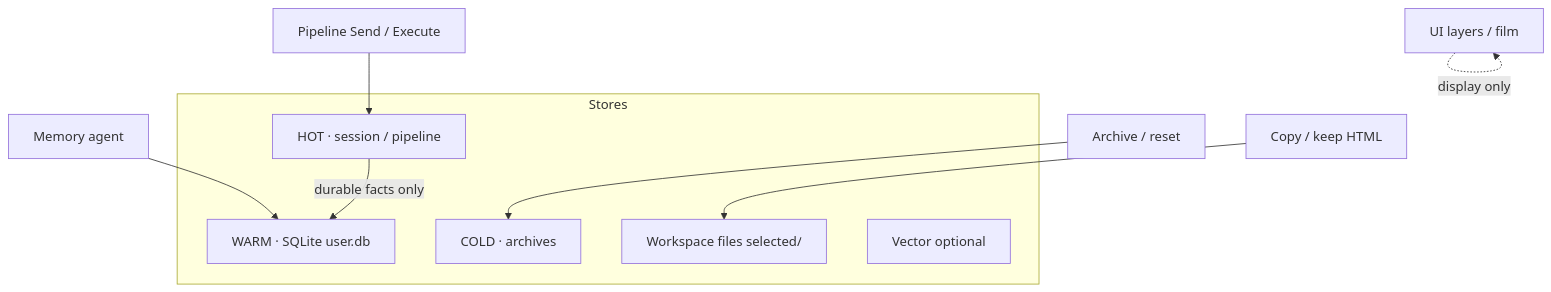
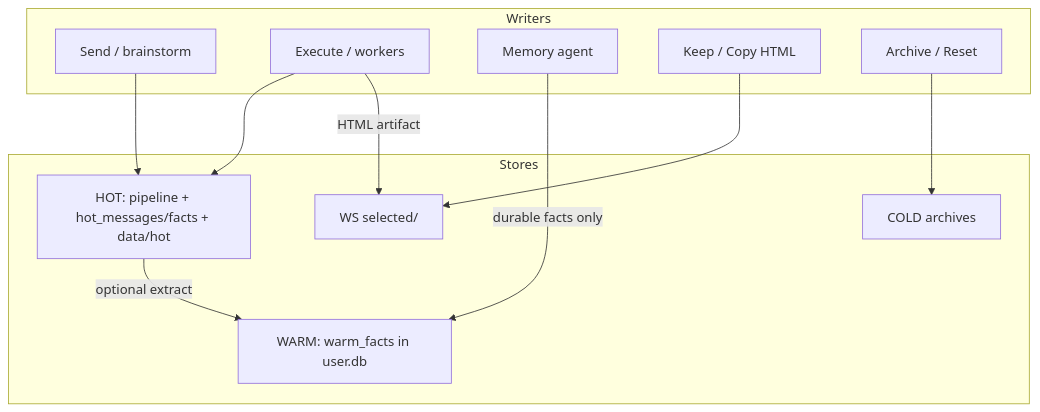
Before and after one commit to landjunge/gnom-hub-v1: the second of 4 diagrams in docs/LAYERS_FOR_AI.md, drawn with Mermaid. The commit also changed other lines of this file, not shown here.

Commit message:
docs: precise LAYERS_FOR_AI — paths, schema, UI DOM, search tiers

````diff
--- a/docs/LAYERS_FOR_AI.md
+++ b/docs/LAYERS_FOR_AI.md
@@ -83,18 +147,25 @@
 ```mermaid
 flowchart TB
-  UI["UI layers / film"] -.->|display only| UI
-
-  subgraph STORE["Stores"]
-    HOT2["HOT · session / pipeline"]
-    WARM2["WARM · SQLite user.db"]
-    COLD2["COLD · archives"]
-    FILES["Workspace files selected/"]
-    VEC["Vector optional"]
+  subgraph write["Writers"]
+    SEND["Send / brainstorm"]
+    EXEC["Execute / workers"]
+    MEM["Memory agent"]
+    KEEP["Keep / Copy HTML"]
+    ARCH["Archive / Reset"]
   end
 
-  PIPE["Pipeline Send / Execute"] --> HOT2
-  MEM["Memory agent"] --> WARM2
-  ARCH["Archive / reset"] --> COLD2
-  KEEP["Copy / keep HTML"] --> FILES
-  HOT2 -->|durable facts only| WARM2
+  subgraph stores["Stores"]
+    HOTT["HOT: pipeline + hot_messages/facts + data/hot"]
+    WARMT["WARM: warm_facts in user.db"]
+    COLDT["COLD archives"]
+    FILET["WS selected/"]
+  end
+
+  SEND --> HOTT
+  EXEC --> HOTT
+  EXEC -->|HTML artifact| FILET
+  MEM -->|durable facts only| WARMT
+  ARCH --> COLDT
+  HOTT -->|optional extract| WARMT
+  KEEP --> FILET
 ```
````
